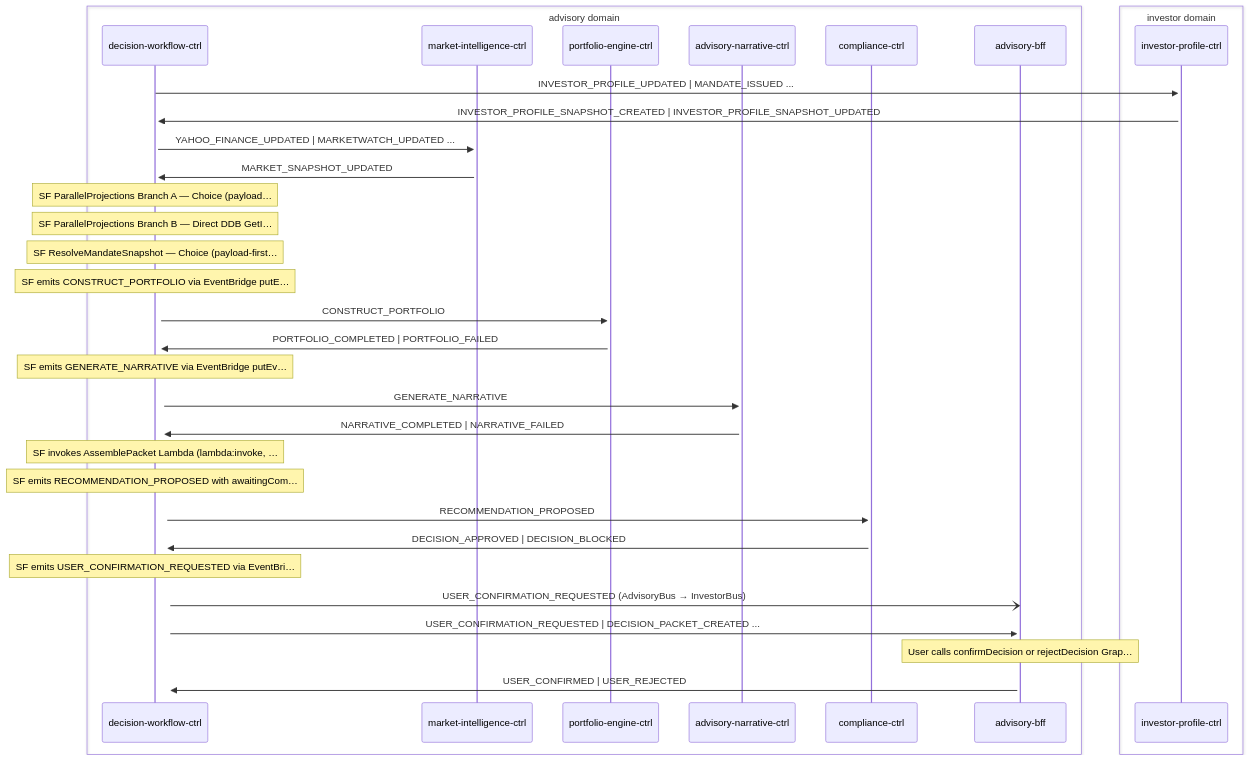
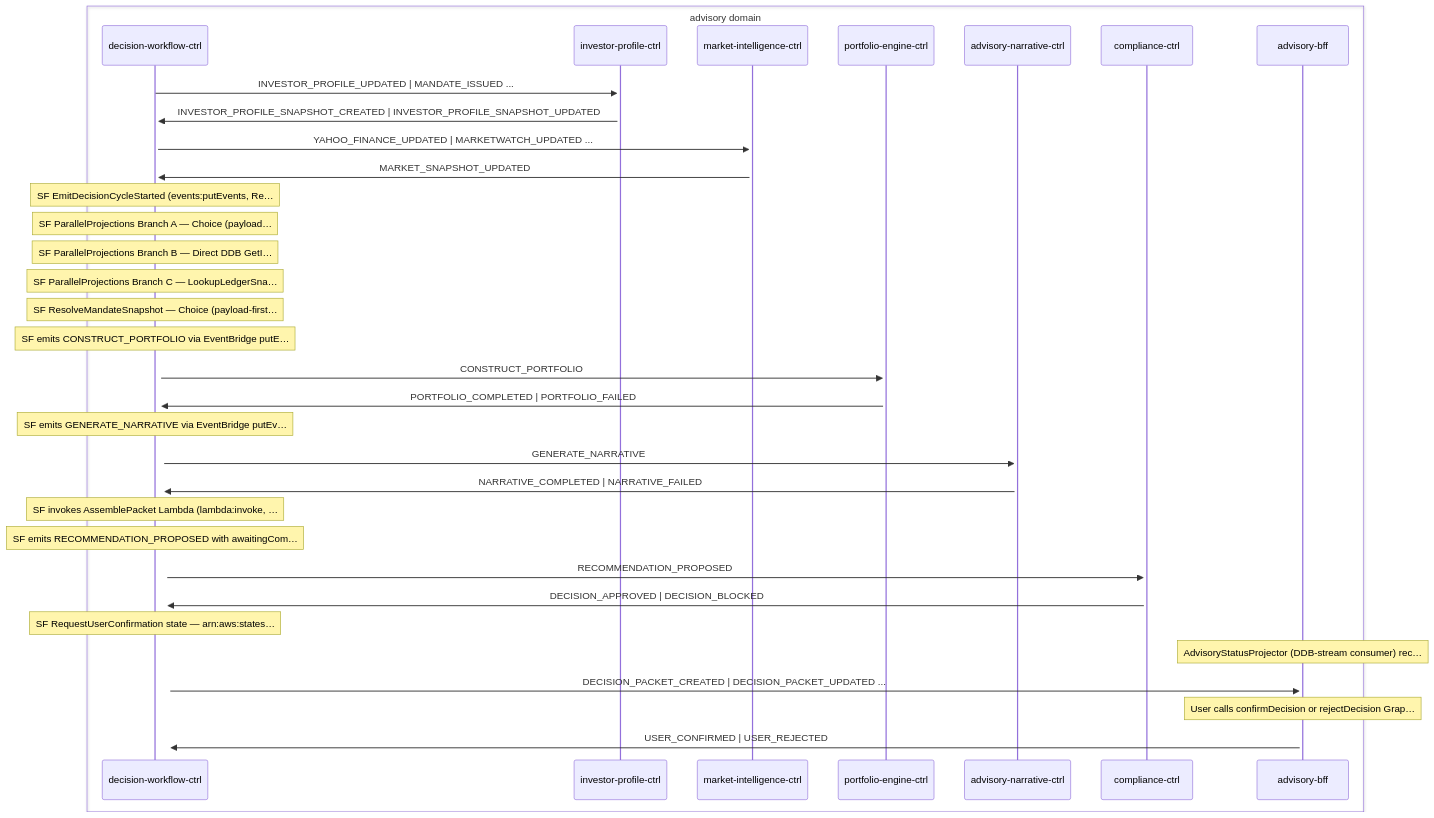
One commit to fabio-vitali/nestfolio changed the second of 2 diagrams in docs/data-flows/advisory-cycle.md. Above: the diagram before and after it, drawn with Mermaid. The commit also changed other lines of this file and 25 other files, not shown here.

First line of the commit message:
docs(data-flows): sync flow specs to code + harden generator

````diff
--- a/docs/data-flows/advisory-cycle.md
+++ b/docs/data-flows/advisory-cycle.md
@@ -38,36 +36,36 @@
 ```mermaid
 sequenceDiagram
     box advisory domain
         participant decision_workflow_ctrl as decision-workflow-ctrl
+        participant investor_profile_ctrl as investor-profile-ctrl
         participant market_intelligence_ctrl as market-intelligence-ctrl
         participant portfolio_engine_ctrl as portfolio-engine-ctrl
         participant advisory_narrative_ctrl as advisory-narrative-ctrl
         participant compliance_ctrl as compliance-ctrl
         participant advisory_bff as advisory-bff
     end
-    box investor domain
-        participant investor_profile_ctrl as investor-profile-ctrl
-    end
     decision_workflow_ctrl->>+investor_profile_ctrl: INVESTOR_PROFILE_UPDATED | MANDATE_ISSUED ...
     investor_profile_ctrl->>+decision_workflow_ctrl: INVESTOR_PROFILE_SNAPSHOT_CREATED | INVESTOR_PROFILE_SNAPSHOT_UPDATED
     decision_workflow_ctrl->>+market_intelligence_ctrl: YAHOO_FINANCE_UPDATED | MARKETWATCH_UPDATED ...
     market_intelligence_ctrl->>+decision_workflow_ctrl: MARKET_SNAPSHOT_UPDATED
+    Note over decision_workflow_ctrl: SF EmitDecisionCycleStarted (events:putEvents, Re…
     Note over decision_workflow_ctrl: SF ParallelProjections Branch A — Choice (payload…
     Note over decision_workflow_ctrl: SF ParallelProjections Branch B — Direct DDB GetI…
+    Note over decision_workflow_ctrl: SF ParallelProjections Branch C — LookupLedgerSna…
     Note over decision_workflow_ctrl: SF ResolveMandateSnapshot — Choice (payload-first…
     Note over decision_workflow_ctrl: SF emits CONSTRUCT_PORTFOLIO via EventBridge putE…
     decision_workflow_ctrl->>+portfolio_engine_ctrl: CONSTRUCT_PORTFOLIO
     portfolio_engine_ctrl->>+decision_workflow_ctrl: PORTFOLIO_COMPLETED | PORTFOLIO_FAILED
     Note over decision_workflow_ctrl: SF emits GENERATE_NARRATIVE via EventBridge putEv…
     decision_workflow_ctrl->>+advisory_narrative_ctrl: GENERATE_NARRATIVE
     advisory_narrative_ctrl->>+decision_workflow_ctrl: NARRATIVE_COMPLETED | NARRATIVE_FAILED
     Note over decision_workflow_ctrl: SF invokes AssemblePacket Lambda (lambda:invoke, …
     Note over decision_workflow_ctrl: SF emits RECOMMENDATION_PROPOSED with awaitingCom…
     decision_workflow_ctrl->>+compliance_ctrl: RECOMMENDATION_PROPOSED
     compliance_ctrl->>+decision_workflow_ctrl: DECISION_APPROVED | DECISION_BLOCKED
-    Note over decision_workflow_ctrl: SF emits USER_CONFIRMATION_REQUESTED via EventBri…
-    decision_workflow_ctrl-)advisory_bff: USER_CONFIRMATION_REQUESTED (AdvisoryBus → InvestorBus)
-    decision_workflow_ctrl->>+advisory_bff: USER_CONFIRMATION_REQUESTED | DECISION_PACKET_CREATED ...
+    Note over decision_workflow_ctrl: SF RequestUserConfirmation state — arn:aws:states…
+    Note over advisory_bff: AdvisoryStatusProjector (DDB-stream consumer) rec…
+    decision_workflow_ctrl->>+advisory_bff: DECISION_PACKET_CREATED | DECISION_PACKET_UPDATED ...
     Note over advisory_bff: User calls confirmDecision or rejectDecision Grap…
     advisory_bff->>+decision_workflow_ctrl: USER_CONFIRMED | USER_REJECTED
 ```
````
